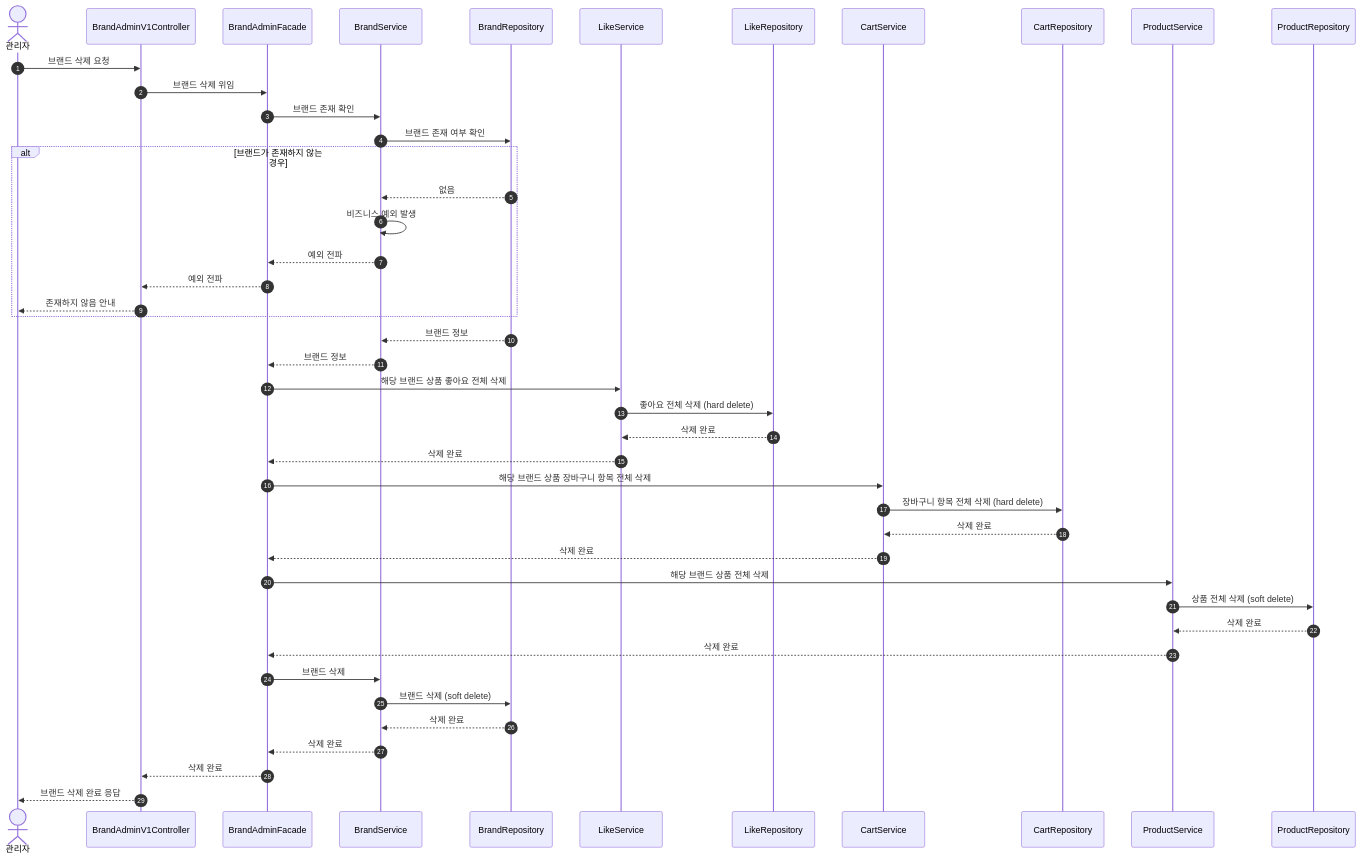
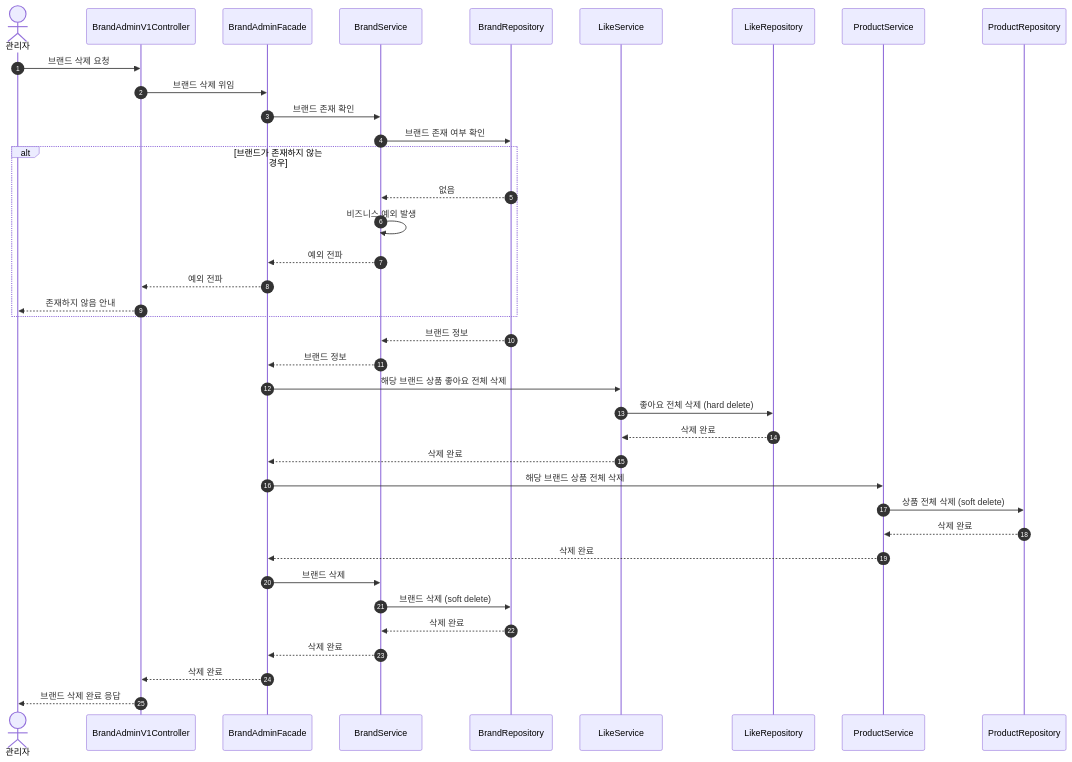
The sixth of 21 diagrams in .docs/design/02-sequence-diagrams.md (Loopers-dev-lab/loop-pack-be-l2-vol3-java), drawn with Mermaid before and after one commit. The commit also changed other lines of this file and 3 other files, not shown here.

````diff
--- a/.docs/design/02-sequence-diagrams.md
+++ b/.docs/design/02-sequence-diagrams.md
@@ -246,49 +246,43 @@
 ```mermaid
 sequenceDiagram
     autonumber
     actor 관리자
     participant Controller as BrandAdminV1Controller
     participant Facade as BrandAdminFacade
     participant BrandService
     participant BrandRepository
     participant LikeService
     participant LikeRepository
-    participant CartService
-    participant CartRepository
     participant ProductService
     participant ProductRepository
 
     관리자->>Controller: 브랜드 삭제 요청
     Controller->>Facade: 브랜드 삭제 위임
     Facade->>BrandService: 브랜드 존재 확인
     BrandService->>BrandRepository: 브랜드 존재 여부 확인
 
     alt 브랜드가 존재하지 않는 경우
         BrandRepository-->>BrandService: 없음
         BrandService->>BrandService: 비즈니스 예외 발생
         BrandService-->>Facade: 예외 전파
         Facade-->>Controller: 예외 전파
         Controller-->>관리자: 존재하지 않음 안내
     end
 
     BrandRepository-->>BrandService: 브랜드 정보
     BrandService-->>Facade: 브랜드 정보
     Facade->>LikeService: 해당 브랜드 상품 좋아요 전체 삭제
     LikeService->>LikeRepository: 좋아요 전체 삭제 (hard delete)
     LikeRepository-->>LikeService: 삭제 완료
     LikeService-->>Facade: 삭제 완료
-    Facade->>CartService: 해당 브랜드 상품 장바구니 항목 전체 삭제
-    CartService->>CartRepository: 장바구니 항목 전체 삭제 (hard delete)
-    CartRepository-->>CartService: 삭제 완료
-    CartService-->>Facade: 삭제 완료
     Facade->>ProductService: 해당 브랜드 상품 전체 삭제
     ProductService->>ProductRepository: 상품 전체 삭제 (soft delete)
     ProductRepository-->>ProductService: 삭제 완료
     ProductService-->>Facade: 삭제 완료
     Facade->>BrandService: 브랜드 삭제
     BrandService->>BrandRepository: 브랜드 삭제 (soft delete)
     BrandRepository-->>BrandService: 삭제 완료
     BrandService-->>Facade: 삭제 완료
     Facade-->>Controller: 삭제 완료
     Controller-->>관리자: 브랜드 삭제 완료 응답
 ```
````
